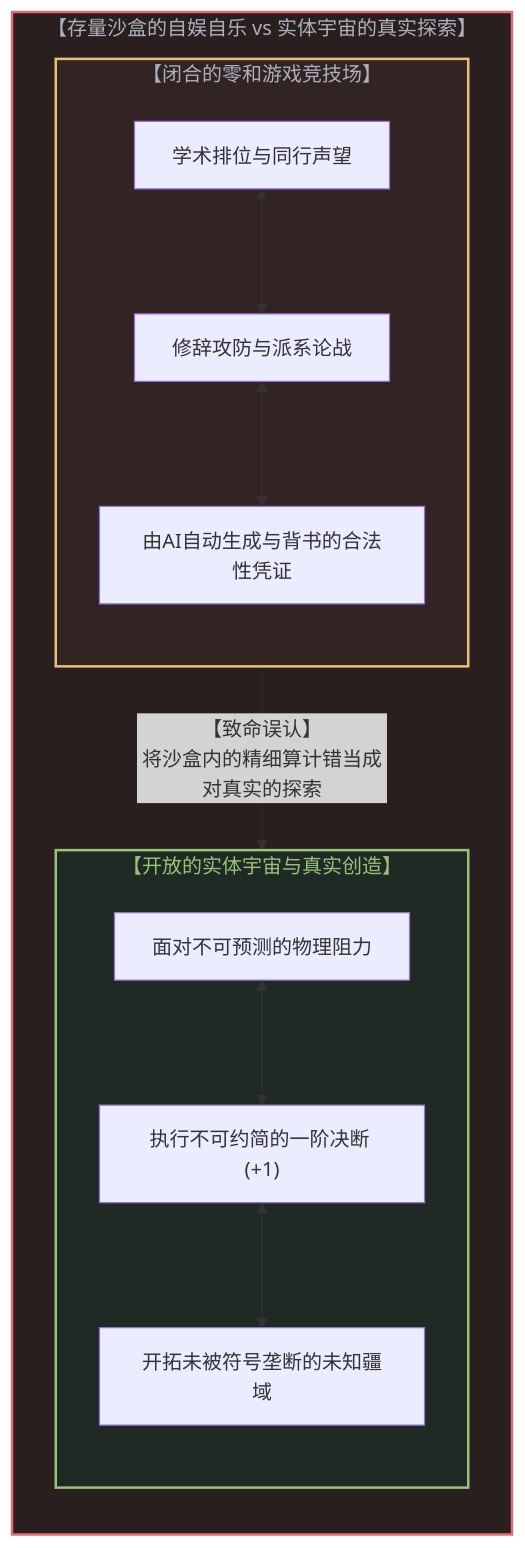
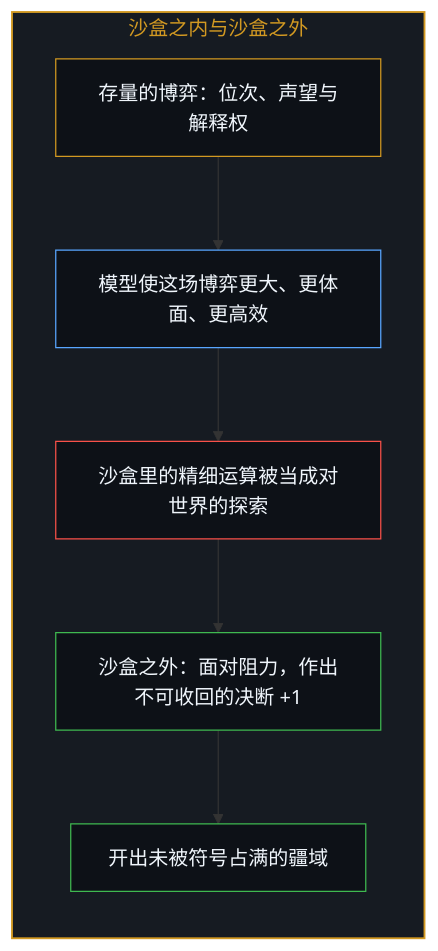
The seventh of 10 diagrams in content/posts/the-sovereign-blinding.md (powerpig99/not-a-toe), drawn with Mermaid before and after one commit. The commit also changed other lines of this file and 2 other files, not shown here.

Commit message:
Refine the-sovereign-blinding: alternating bilingual layout, five paired diagrams, the scholar unnamed in both languages, implicit first person

````diff
--- a/content/posts/the-sovereign-blinding.md
+++ b/content/posts/the-sovereign-blinding.md
@@ -293,30 +201,22 @@
 ```mermaid
-graph TD
-    subgraph ZeroSumTrap["【存量沙盒的自娱自乐 vs 实体宇宙的真实探索】"]
+flowchart TD
+    subgraph S_Sandbox["沙盒之内与沙盒之外"]
         direction TB
-        
-        subgraph SandboxGame["【闭合的零和游戏竞技场】"]
-            direction TB
-            AcademicStatus["学术排位与同行声望"]
-            RhetoricFight["修辞攻防与派系论战"]
-            ConsensusCert["由AI自动生成与背书的合法性凭证"]
-            AcademicStatus <--> RhetoricFight
-            RhetoricFight <--> ConsensusCert
-        end
-
-        subgraph OpenUniverse["【开放的实体宇宙与真实创造】"]
-            direction TB
-            PhysicalFriction["面对不可预测的物理阻力"]
-            CausalCuts["执行不可约简的一阶决断 (+1)"]
-            UnchartedTerritory["开拓未被符号垄断的未知疆域"]
-            PhysicalFriction <--> CausalCuts
-            CausalCuts <--> UnchartedTerritory
-        end
-
-        SandboxGame -.->|"【致命误认】<br>将沙盒内的精细算计错当成对真实的探索"| OpenUniverse
+        Game["存量的博弈：位次、声望与解释权"]
+        Engine["模型使这场博弈更大、更体面、更高效"]
+        Mistake["沙盒里的精细运算被当成对世界的探索"]
+        Step["沙盒之外：面对阻力，作出不可收回的决断 +1"]
+        New["开出未被符号占满的疆域"]
+        Game --> Engine
+        Engine --> Mistake
+        Mistake --> Step
+        Step --> New
     end
 
-    style ZeroSumTrap fill:#2a1f1f,stroke:#e06c75,stroke-width:2px,color:#abb2bf
-    style SandboxGame fill:#332424,stroke:#e5c07b,stroke-width:2px,color:#abb2bf
-    style OpenUniverse fill:#1f2a24,stroke:#98c379,stroke-width:2px,color:#98c379
+    style S_Sandbox fill:#161b22,stroke:#d29922,stroke-width:1.5px,color:#d29922
+    style Game fill:#0d1117,stroke:#d29922,stroke-width:1px,color:#f0f6fc
+    style Engine fill:#0d1117,stroke:#58a6ff,stroke-width:1px,color:#f0f6fc
+    style Mistake fill:#0d1117,stroke:#f85149,stroke-width:1px,color:#f0f6fc
+    style Step fill:#0d1117,stroke:#3fb950,stroke-width:1px,color:#f0f6fc
+    style New fill:#0d1117,stroke:#3fb950,stroke-width:1px,color:#f0f6fc
 ```
````
